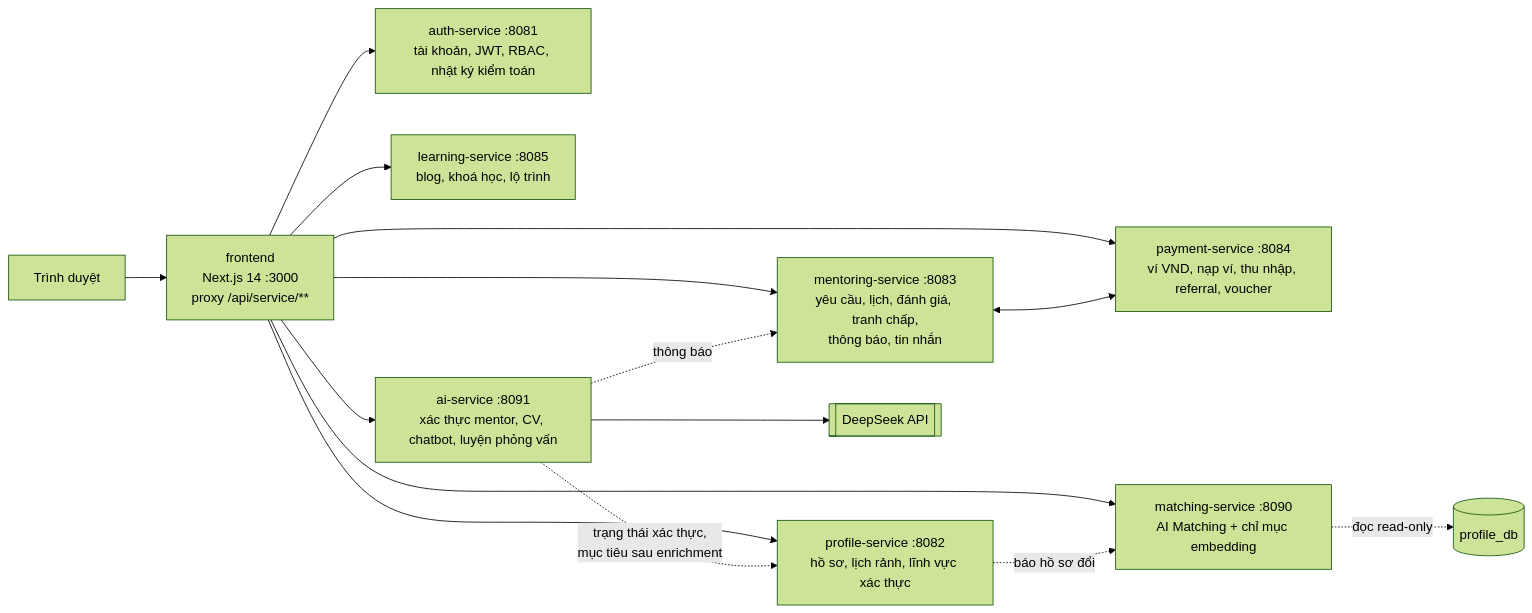
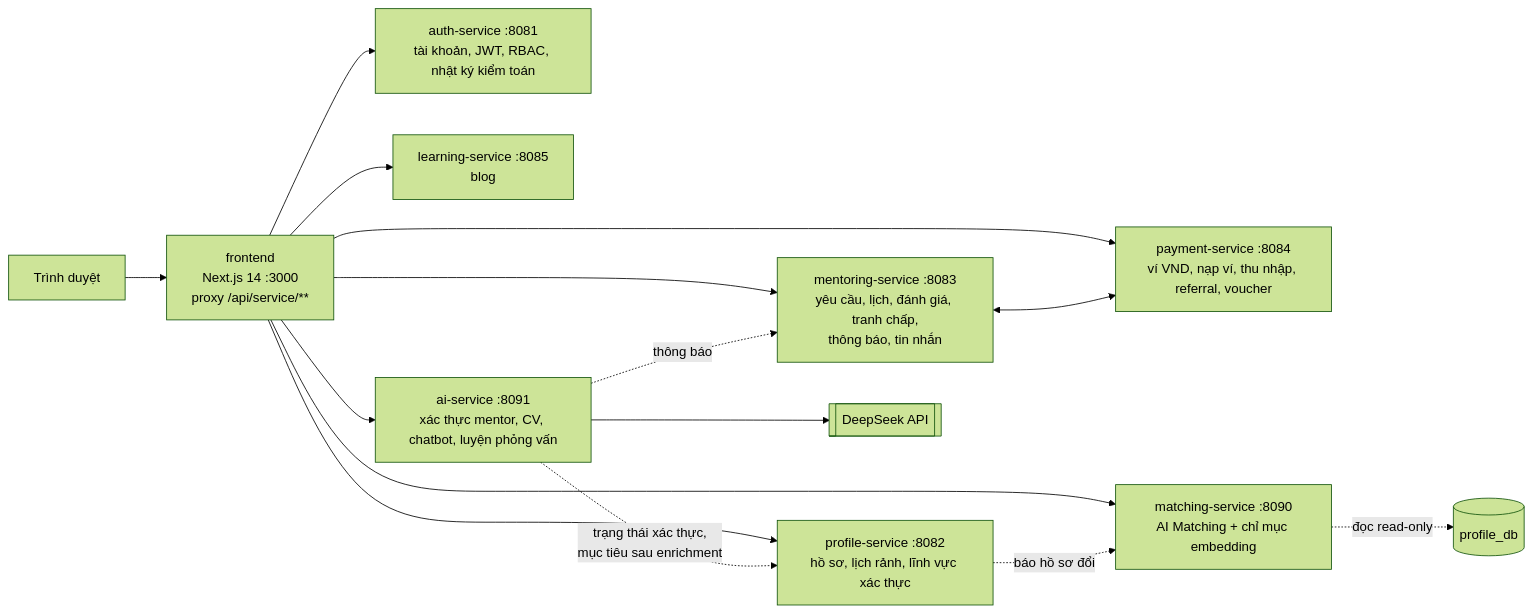
Before and after one commit to quangpham10212004/do_an_2026: the diagram in README.md, drawn with Mermaid (forest theme). The commit also changed other lines of this file and 41 other files, not shown here.

First line of the commit message:
refactor(learning): bỏ khoá học và roadmap, learning-service chỉ còn Blog

````diff
--- a/README.md
+++ b/README.md
@@ -33,17 +33,17 @@
 ```mermaid
 flowchart LR
     B[Trình duyệt] --> FE[frontend<br/>Next.js 14 :3000<br/>proxy /api/service/**]
     FE --> AUTH[auth-service :8081<br/>tài khoản, JWT, RBAC, nhật ký kiểm toán]
     FE --> PROFILE[profile-service :8082<br/>hồ sơ, lịch rảnh, lĩnh vực xác thực]
     FE --> MENTORING[mentoring-service :8083<br/>yêu cầu, lịch, đánh giá, tranh chấp,<br/>thông báo, tin nhắn]
     FE --> PAYMENT[payment-service :8084<br/>ví VND, nạp ví, thu nhập, referral, voucher]
-    FE --> LEARNING[learning-service :8085<br/>blog, khoá học, lộ trình]
+    FE --> LEARNING[learning-service :8085<br/>blog]
     FE --> MATCHING[matching-service :8090<br/>AI Matching + chỉ mục embedding]
     FE --> AI[ai-service :8091<br/>xác thực mentor, CV, chatbot, luyện phỏng vấn]
     PROFILE -. "báo hồ sơ đổi" .-> MATCHING
     MATCHING -. "đọc read-only" .-> PDB[(profile_db)]
     AI -. "trạng thái xác thực,<br/>mục tiêu sau enrichment" .-> PROFILE
     AI -. "thông báo" .-> MENTORING
     MENTORING <--> PAYMENT
     AI --> DS[[DeepSeek API]]
 ```
````
